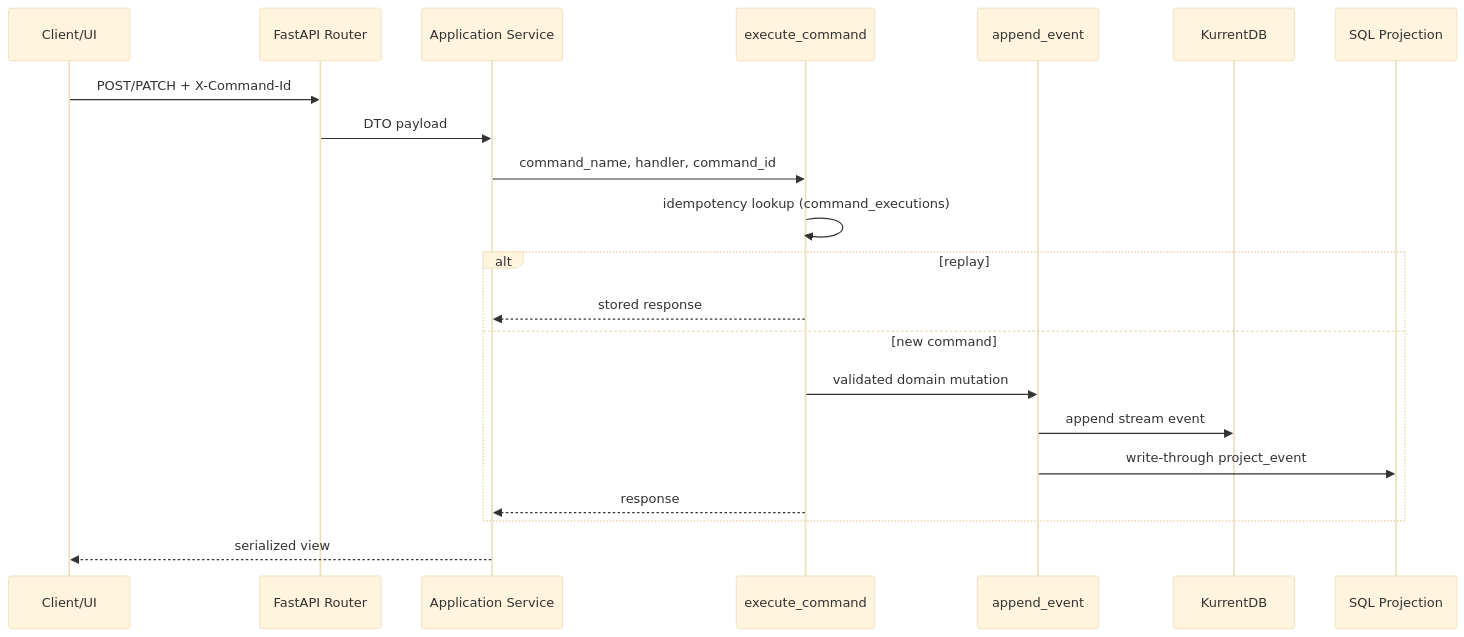
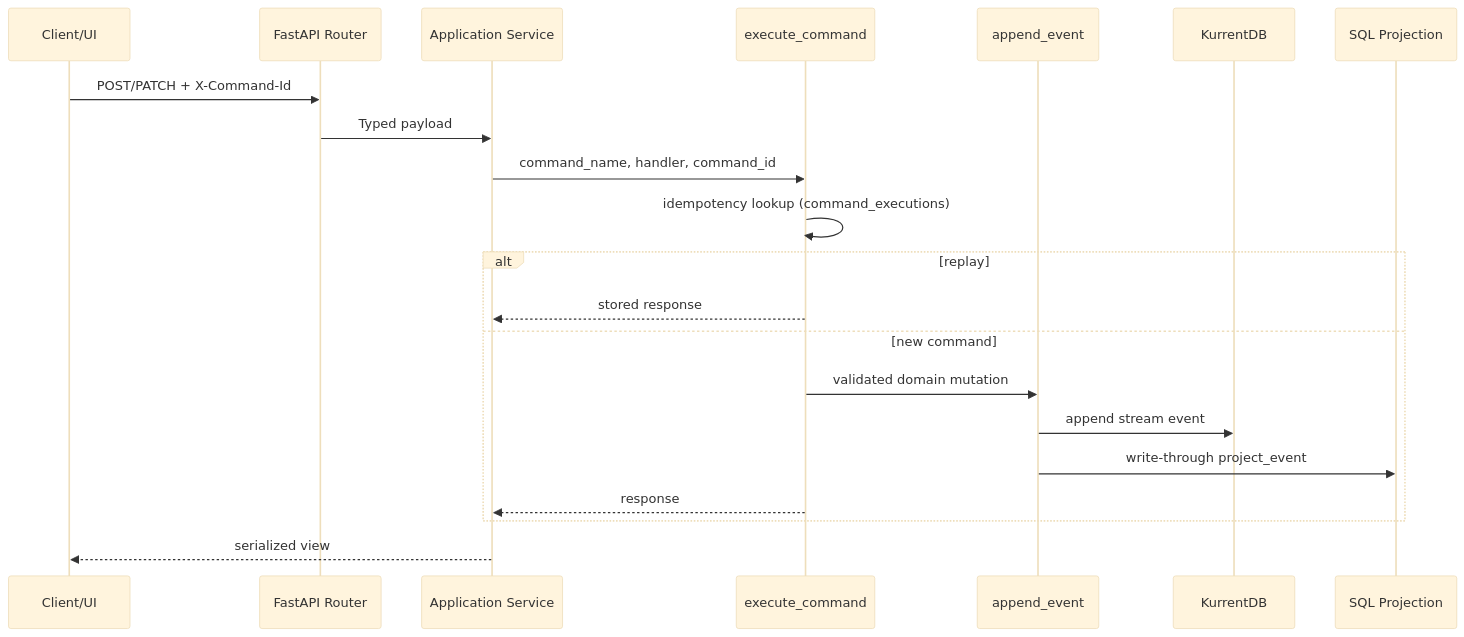
Before and after one commit to nirm3l/constructos-dev: the second of 2 diagrams in docs/02-technical-architecture.md, drawn with Mermaid (base theme). The commit also changed other lines of this file and 5 other files, not shown here.

````diff
--- a/docs/02-technical-architecture.md
+++ b/docs/02-technical-architecture.md
@@ -31,24 +31,24 @@
 ```mermaid
 sequenceDiagram
   participant UI as Client/UI
   participant API as FastAPI Router
   participant APP as Application Service
   participant CMD as execute_command
   participant EVT as append_event
   participant ES as KurrentDB
   participant PROJ as SQL Projection
 
   UI->>API: POST/PATCH + X-Command-Id
-  API->>APP: DTO payload
+  API->>APP: Typed payload
   APP->>CMD: command_name, handler, command_id
   CMD->>CMD: idempotency lookup (command_executions)
   alt replay
     CMD-->>APP: stored response
   else new command
     CMD->>EVT: validated domain mutation
     EVT->>ES: append stream event
     EVT->>PROJ: write-through project_event
     CMD-->>APP: response
   end
   APP-->>UI: serialized view
 ```
````
